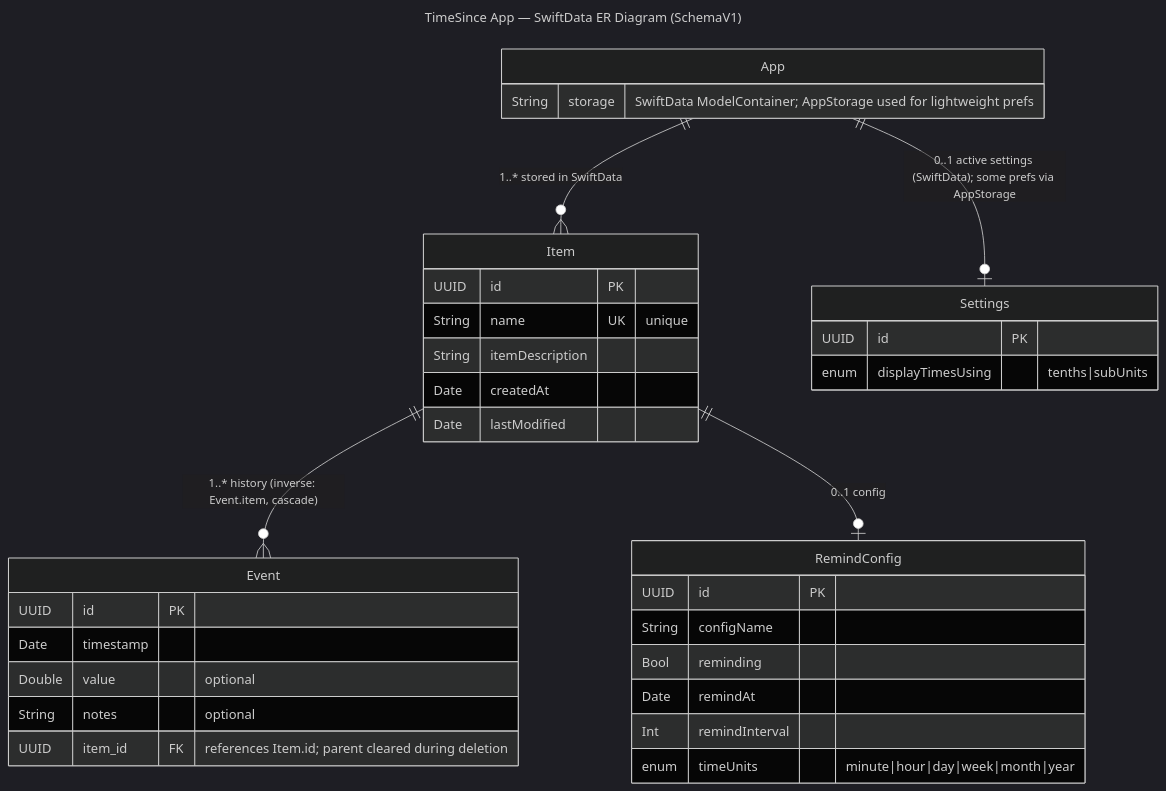
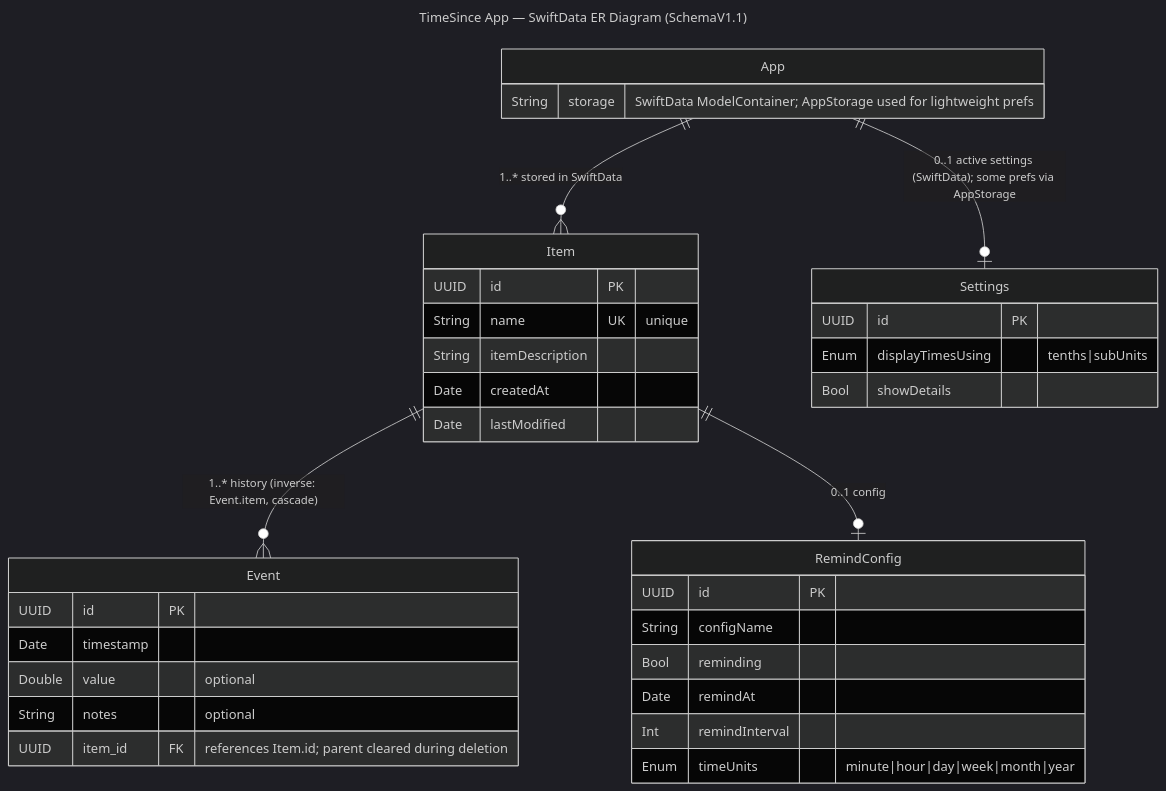
One commit to dndydon/TimeSince changed the diagram in docs/Schema/SchemaV1.md. Above: the diagram before and after it, drawn with Mermaid (dark theme). The commit also changed other lines of this file and 1 other file, not shown here.

Commit message:
Updated TimeSinceERDiagram to Schema1.1, adding the Bool .showDetails to the Settings model.

````diff
--- a/docs/Schema/SchemaV1.md
+++ b/docs/Schema/SchemaV1.md
@@ -9,60 +9,61 @@
 ```mermaid
 ---
-title: TimeSince App — SwiftData ER Diagram (SchemaV1)
+title: TimeSince App — SwiftData ER Diagram (SchemaV1.1)
 ---
 erDiagram
     %% Legend:
     %% - || = exactly one, o| = zero or one, o{ = zero or many
     %% - Relationship labels include cardinalities, delete rules, and inverses
 
     %% Pseudo-entity representing app-level storage and configuration
     App {
         String storage "SwiftData ModelContainer; AppStorage used for lightweight prefs"
     }
 
     %% Entities
     Item {
         UUID id PK
         String name UK "unique"
         String itemDescription
         Date createdAt
         Date lastModified
     }
 
     Event {
         UUID id PK
         Date timestamp
         Double value "optional"
         String notes "optional"
         UUID item_id FK "references Item.id; parent cleared during deletion"
     }
 
     RemindConfig {
         UUID id PK
         String configName
         Bool reminding
         Date remindAt
         Int remindInterval
-        enum timeUnits "minute|hour|day|week|month|year"
+        Enum timeUnits "minute|hour|day|week|month|year"
     }
 
     Settings {
         UUID id PK
-        enum displayTimesUsing "tenths|subUnits"
+        Enum displayTimesUsing "tenths|subUnits"
+        Bool showDetails
     }
 
     %% Relationships with explicit cardinalities
     App ||--o{ Item : "1..* stored in SwiftData"
     App ||--o| Settings : "0..1 active settings (SwiftData); some prefs via AppStorage"
 
     Item ||--o{ Event : "1..* history (inverse: Event.item, cascade)"
     Item ||--o| RemindConfig : "0..1 config"
 
     %% Additional Notes (as comments)
     %% - Item.name is unique (@Attribute(.unique))
     %% - Item.history inverse is Event.item; deleteRule: .cascade
     %% - Event.item is optional to allow SwiftData to clear the parent during deletion
     %% - RemindConfig.timeUnits uses Units enum: minute|hour|day|week|month|year
-    %% - Settings.displayTimesUsing uses DisplayTimesUsing enum: tenths|subUnits
+    %% - Settings.displayTimesUsing uses DisplayTimesUsing enum: tenths|subUnits, and .showDetails Bool
     %% - App is a pseudo-entity to document storage: Items/Settings in SwiftData; some lightweight prefs via AppStorage
 ```
````
